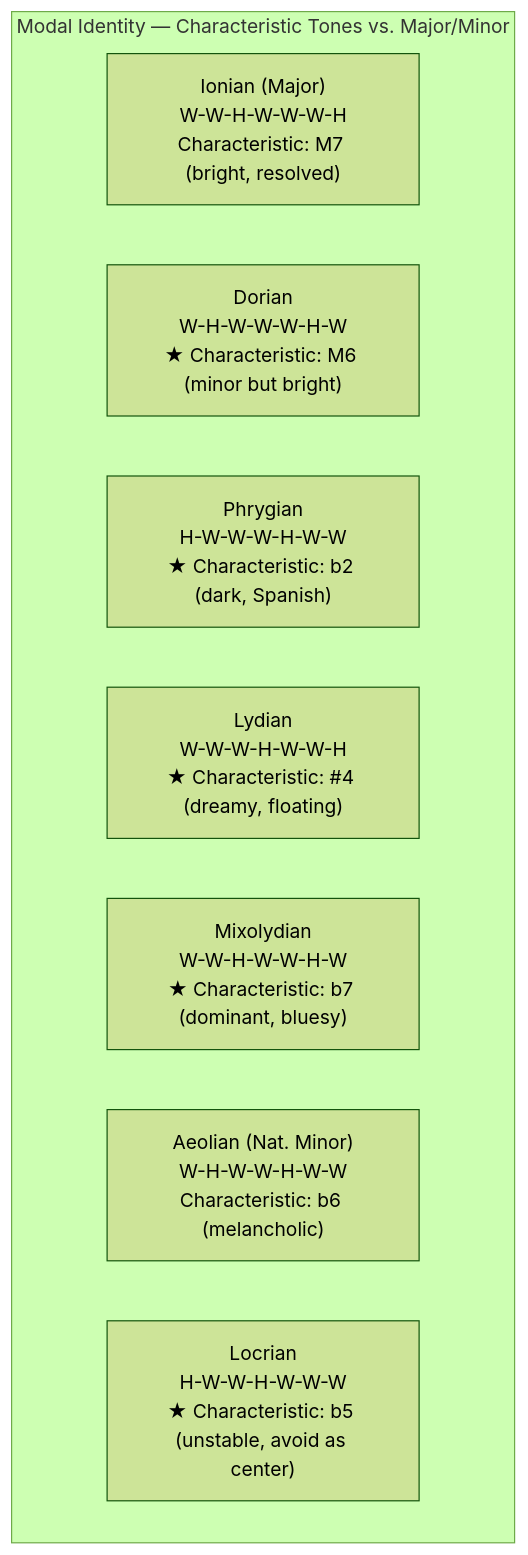
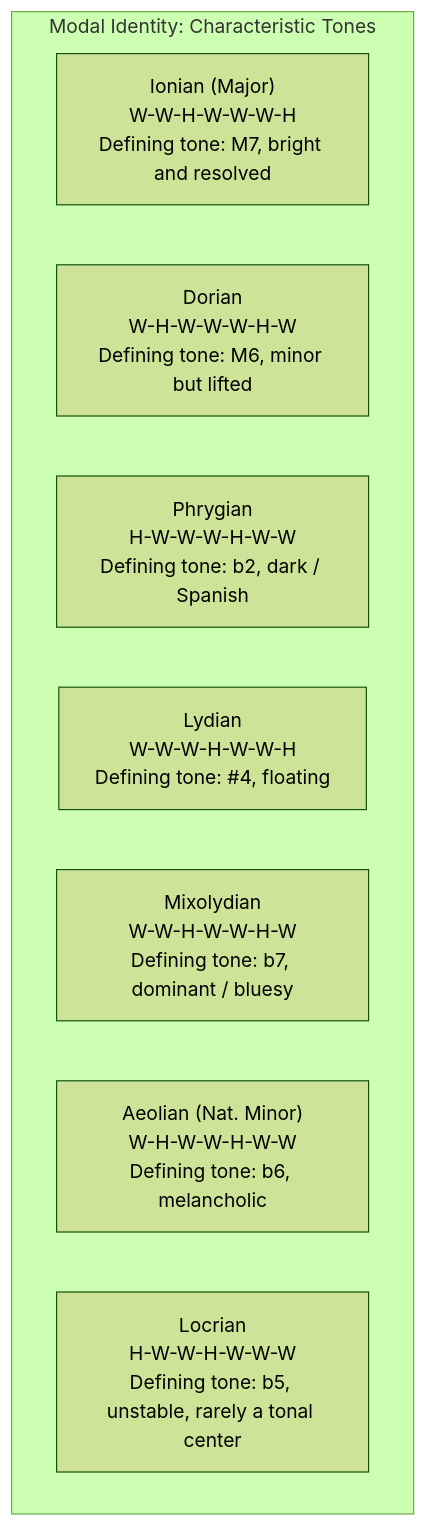
Before and after one commit to blebleblee/synapse: the fifth of 6 diagrams in topics/arts/music_performance/guitar/lesson_03_scales_and_modes.md, drawn with Mermaid (forest theme). The commit also changed other lines of this file and 2 other files, not shown here.

````diff
--- a/topics/arts/music_performance/guitar/lesson_03_scales_and_modes.md
+++ b/topics/arts/music_performance/guitar/lesson_03_scales_and_modes.md
@@ -339,12 +306,12 @@
 ```mermaid
 graph TD
-    subgraph sub_mode_identities ["Modal Identity — Characteristic Tones vs. Major/Minor"]
-        ION["Ionian (Major)<br/>W-W-H-W-W-W-H<br/>Characteristic: M7 (bright, resolved)"]
-        DOR["Dorian<br/>W-H-W-W-W-H-W<br/>★ Characteristic: M6 (minor but bright)"]
-        PHR["Phrygian<br/>H-W-W-W-H-W-W<br/>★ Characteristic: b2 (dark, Spanish)"]
-        LYD["Lydian<br/>W-W-W-H-W-W-H<br/>★ Characteristic: #4 (dreamy, floating)"]
-        MIX["Mixolydian<br/>W-W-H-W-W-H-W<br/>★ Characteristic: b7 (dominant, bluesy)"]
-        AEO["Aeolian (Nat. Minor)<br/>W-H-W-W-H-W-W<br/>Characteristic: b6 (melancholic)"]
-        LOC["Locrian<br/>H-W-W-H-W-W-W<br/>★ Characteristic: b5 (unstable, avoid as center)"]
+    subgraph sub_mode_identities ["Modal Identity: Characteristic Tones"]
+        ION["Ionian (Major)<br/>W-W-H-W-W-W-H<br/>Defining tone: M7, bright and resolved"]
+        DOR["Dorian<br/>W-H-W-W-W-H-W<br/>Defining tone: M6, minor but lifted"]
+        PHR["Phrygian<br/>H-W-W-W-H-W-W<br/>Defining tone: b2, dark / Spanish"]
+        LYD["Lydian<br/>W-W-W-H-W-W-H<br/>Defining tone: #4, floating"]
+        MIX["Mixolydian<br/>W-W-H-W-W-H-W<br/>Defining tone: b7, dominant / bluesy"]
+        AEO["Aeolian (Nat. Minor)<br/>W-H-W-W-H-W-W<br/>Defining tone: b6, melancholic"]
+        LOC["Locrian<br/>H-W-W-H-W-W-W<br/>Defining tone: b5, unstable, rarely a tonal center"]
     end
 ```
````
